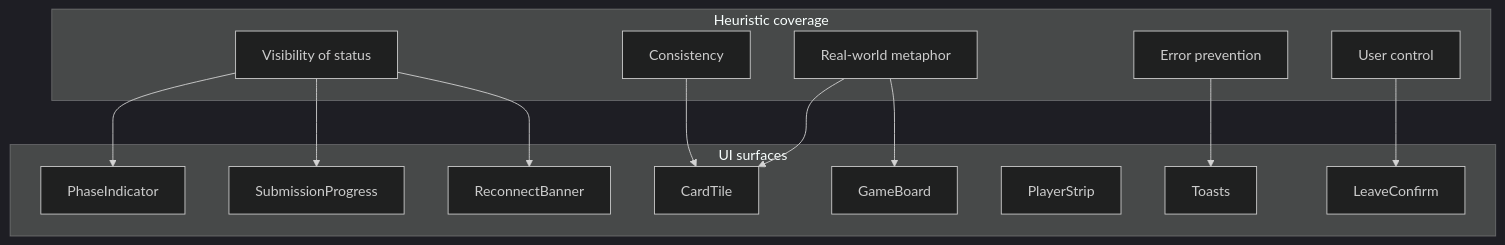
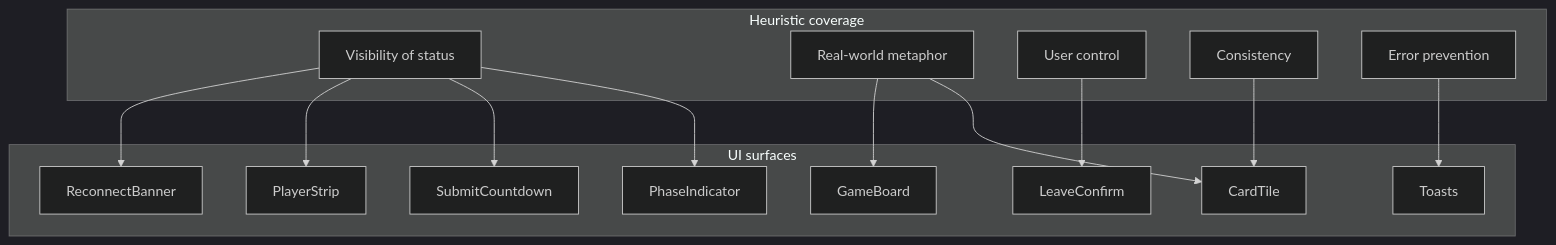
Before and after one commit to tiago4vita/6-nimmt: the diagram in .cursor/frontend-design.md, drawn with Mermaid (dark theme). The commit also changed other lines of this file and 38 other files, not shown here.

First line of the commit message:
Implement M6 UX audit across game HUD and submit flow.

````diff
--- a/.cursor/frontend-design.md
+++ b/.cursor/frontend-design.md
@@ -75,30 +77,31 @@
 ```mermaid
 flowchart TB
   subgraph heuristics [Heuristic coverage]
     H1[Visibility of status]
     H2[Real-world metaphor]
     H3[User control]
     H4[Consistency]
     H5[Error prevention]
   end
 
   subgraph ui [UI surfaces]
     PhaseIndicator
-    SubmissionProgress
+    SubmitCountdown
     ReconnectBanner
     CardTile
     GameBoard
     PlayerStrip
     Toasts
     LeaveConfirm
   end
 
   H1 --> PhaseIndicator
-  H1 --> SubmissionProgress
+  H1 --> SubmitCountdown
+  H1 --> PlayerStrip
   H1 --> ReconnectBanner
   H2 --> CardTile
   H2 --> GameBoard
   H3 --> LeaveConfirm
   H4 --> CardTile
   H5 --> Toasts
 ```
````
